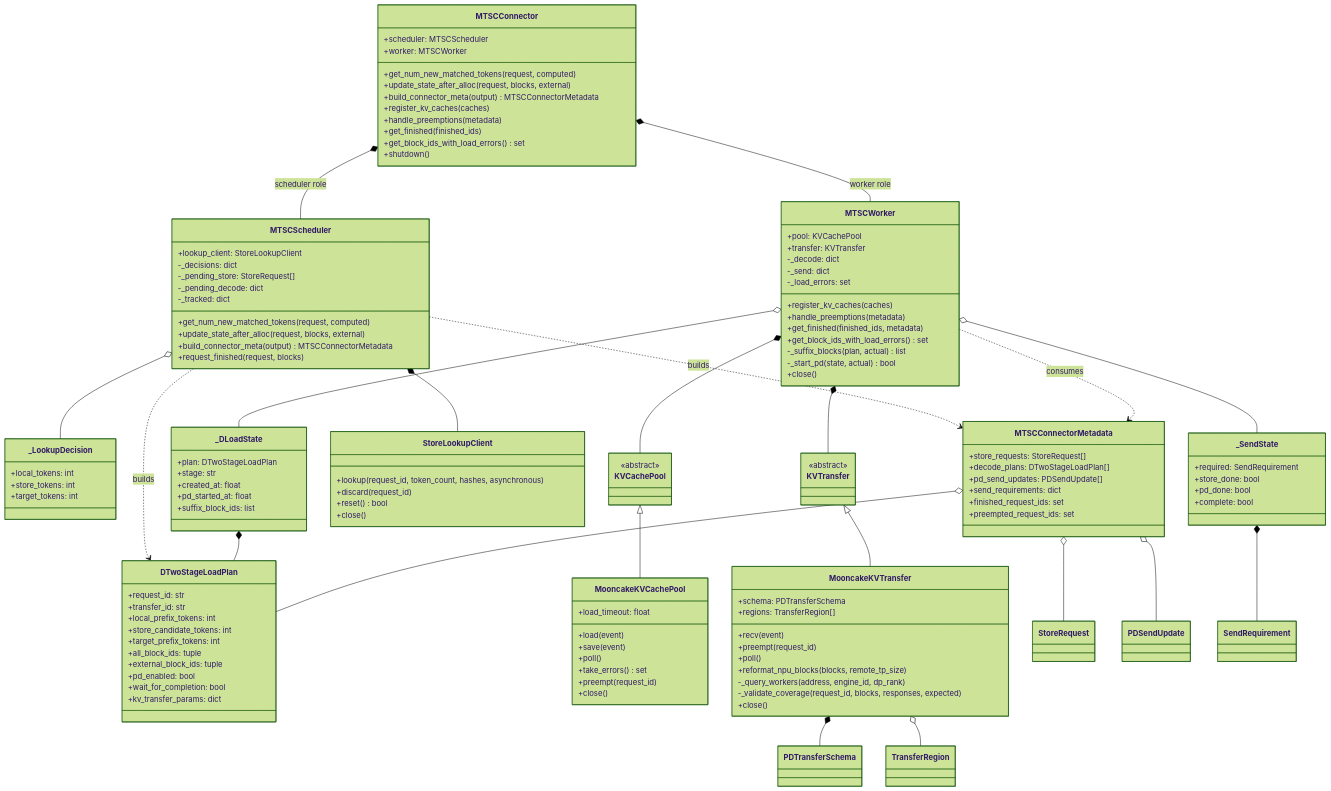
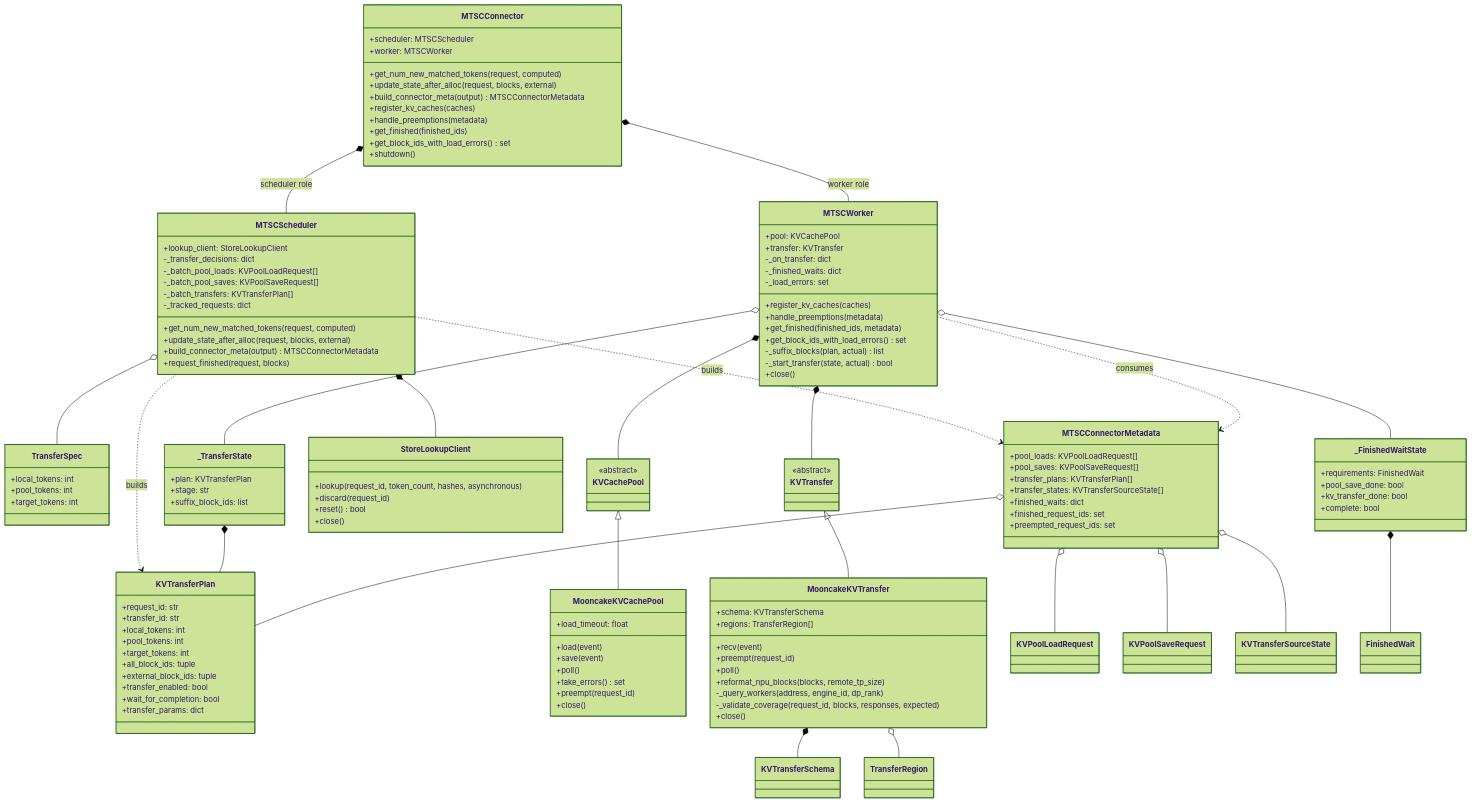
Before and after one commit to WangSu-X/MTSC: the second of 6 diagrams in docs/design/S03-decode设计.md, drawn with Mermaid (forest theme). The commit also changed other lines of this file and 16 other files, not shown here.

````diff
--- a/docs/design/S03-decode设计.md
+++ b/docs/design/S03-decode设计.md
@@ -152,57 +152,56 @@
     }
     class MTSCScheduler {
         +lookup_client: StoreLookupClient
-        -_decisions: dict
-        -_pending_store: StoreRequest[]
-        -_pending_decode: dict
-        -_tracked: dict
+        -_transfer_decisions: dict
+        -_batch_pool_loads: KVPoolLoadRequest[]
+        -_batch_pool_saves: KVPoolSaveRequest[]
+        -_batch_transfers: KVTransferPlan[]
+        -_tracked_requests: dict
         +get_num_new_matched_tokens(request, computed)
         +update_state_after_alloc(request, blocks, external)
         +build_connector_meta(output) MTSCConnectorMetadata
         +request_finished(request, blocks)
     }
-    class DTwoStageLoadPlan {
+    class KVTransferPlan {
         +request_id: str
         +transfer_id: str
-        +local_prefix_tokens: int
-        +store_candidate_tokens: int
-        +target_prefix_tokens: int
+        +local_tokens: int
+        +pool_tokens: int
+        +target_tokens: int
         +all_block_ids: tuple
         +external_block_ids: tuple
-        +pd_enabled: bool
+        +transfer_enabled: bool
         +wait_for_completion: bool
-        +kv_transfer_params: dict
+        +transfer_params: dict
     }
     class MTSCWorker {
         +pool: KVCachePool
         +transfer: KVTransfer
-        -_decode: dict
-        -_send: dict
+        -_on_transfer: dict
+        -_finished_waits: dict
         -_load_errors: set
         +register_kv_caches(caches)
         +handle_preemptions(metadata)
         +get_finished(finished_ids, metadata)
         +get_block_ids_with_load_errors() set
         -_suffix_blocks(plan, actual) list
-        -_start_pd(state, actual) bool
+        -_start_transfer(state, actual) bool
         +close()
     }
-    class _LookupDecision {
+    class TransferSpec {
         +local_tokens: int
-        +store_tokens: int
+        +pool_tokens: int
         +target_tokens: int
     }
-    class _DLoadState {
-        +plan: DTwoStageLoadPlan
+    class _TransferState {
+        +plan: KVTransferPlan
         +stage: str
-        +created_at: float
-        +pd_started_at: float
         +suffix_block_ids: list
     }
-    class _SendState {
-        +required: SendRequirement
-        +store_done: bool
-        +pd_done: bool
+    class _FinishedWaitState {
+        +requirements: FinishedWait
+        +pool_save_done: bool
+        +kv_transfer_done: bool
         +complete: bool
     }
     class StoreLookupClient {
@@ -221,7 +220,7 @@
         +close()
     }
     class MooncakeKVTransfer {
-        +schema: PDTransferSchema
+        +schema: KVTransferSchema
         +regions: TransferRegion[]
         +recv(event)
         +preempt(request_id)
@@ -232,24 +231,26 @@
         +close()
     }
     class MTSCConnectorMetadata {
-        +store_requests: StoreRequest[]
-        +decode_plans: DTwoStageLoadPlan[]
-        +pd_send_updates: PDSendUpdate[]
-        +send_requirements: dict
+        +pool_loads: KVPoolLoadRequest[]
+        +pool_saves: KVPoolSaveRequest[]
+        +transfer_plans: KVTransferPlan[]
+        +transfer_states: KVTransferSourceState[]
+        +finished_waits: dict
         +finished_request_ids: set
         +preempted_request_ids: set
     }
-    class StoreRequest
-    class PDSendUpdate
-    class SendRequirement
-    class PDTransferSchema
+    class KVPoolLoadRequest
+    class KVPoolSaveRequest
+    class KVTransferSourceState
+    class FinishedWait
+    class KVTransferSchema
     class TransferRegion
 
     MTSCConnector *-- MTSCScheduler : scheduler role
     MTSCConnector *-- MTSCWorker : worker role
     MTSCScheduler *-- StoreLookupClient
-    MTSCScheduler o-- _LookupDecision
-    MTSCScheduler ..> DTwoStageLoadPlan : builds
+    MTSCScheduler o-- TransferSpec
+    MTSCScheduler ..> KVTransferPlan : builds
     MTSCScheduler ..> MTSCConnectorMetadata : builds
     class KVCachePool {
         <<abstract>>
@@ -261,14 +262,15 @@
     MTSCWorker *-- KVTransfer
     KVCachePool <|-- MooncakeKVCachePool
     KVTransfer <|-- MooncakeKVTransfer
-    MTSCWorker o-- _DLoadState
-    MTSCWorker o-- _SendState
+    MTSCWorker o-- _TransferState
+    MTSCWorker o-- _FinishedWaitState
     MTSCWorker ..> MTSCConnectorMetadata : consumes
-    _DLoadState *-- DTwoStageLoadPlan
-    _SendState *-- SendRequirement
-    MTSCConnectorMetadata o-- StoreRequest
-    MTSCConnectorMetadata o-- DTwoStageLoadPlan
-    MTSCConnectorMetadata o-- PDSendUpdate
-    MooncakeKVTransfer *-- PDTransferSchema
+    _TransferState *-- KVTransferPlan
+    _FinishedWaitState *-- FinishedWait
+    MTSCConnectorMetadata o-- KVPoolLoadRequest
+    MTSCConnectorMetadata o-- KVPoolSaveRequest
+    MTSCConnectorMetadata o-- KVTransferPlan
+    MTSCConnectorMetadata o-- KVTransferSourceState
+    MooncakeKVTransfer *-- KVTransferSchema
     MooncakeKVTransfer o-- TransferRegion
 ```
````
